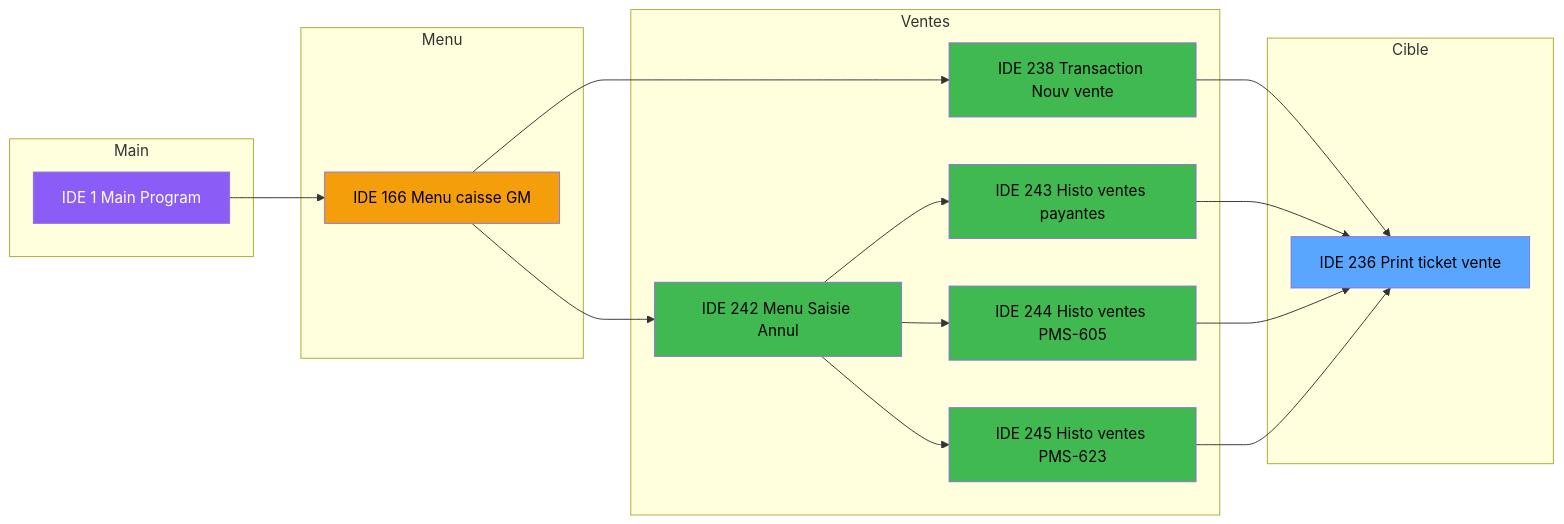
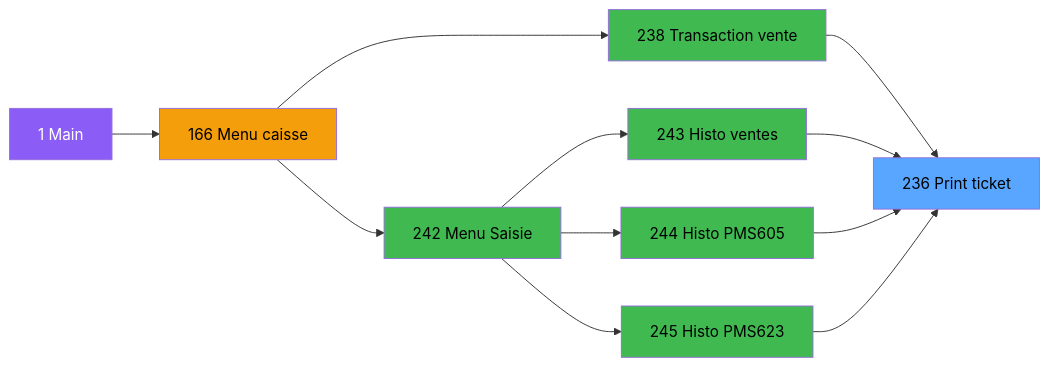
Before and after one commit to thonyAGP/lecteur-magic: the second of 2 diagrams in .openspec/specs/ADH-IDE-236.md, drawn with Mermaid. The commit also changed other lines of this file and 1 other file, not shown here.

First line of the commit message:
fix(specs): ultra-simplify Mermaid syntax for rendering

````diff
--- a/.openspec/specs/ADH-IDE-236.md
+++ b/.openspec/specs/ADH-IDE-236.md
@@ -189,39 +184,31 @@
 ```mermaid
 graph LR
-    subgraph Main
-        M[IDE 1 Main Program]
-    end
-    subgraph Menu
-        M166[IDE 166 Menu caisse GM]
-    end
-    subgraph Ventes
-        M238[IDE 238 Transaction Nouv vente]
-        M242[IDE 242 Menu Saisie Annul]
-        M243[IDE 243 Histo ventes payantes]
-        M244[IDE 244 Histo ventes PMS-605]
-        M245[IDE 245 Histo ventes PMS-623]
-    end
-    subgraph Cible
-        T[IDE 236 Print ticket vente]
-    end
+    M[1 Main]
+    M166[166 Menu caisse]
+    M238[238 Transaction vente]
+    M242[242 Menu Saisie]
+    M243[243 Histo ventes]
+    M244[244 Histo PMS605]
+    M245[245 Histo PMS623]
+    T[236 Print ticket]
 
     M --> M166
     M166 --> M238
     M166 --> M242
     M242 --> M243
     M242 --> M244
     M242 --> M245
     M238 --> T
     M243 --> T
     M244 --> T
     M245 --> T
 
     style M fill:#8b5cf6,color:#fff
     style M166 fill:#f59e0b,color:#000
     style T fill:#58a6ff,color:#000
     style M238 fill:#3fb950,color:#000
     style M242 fill:#3fb950,color:#000
     style M243 fill:#3fb950,color:#000
     style M244 fill:#3fb950,color:#000
     style M245 fill:#3fb950,color:#000
 ```
````
